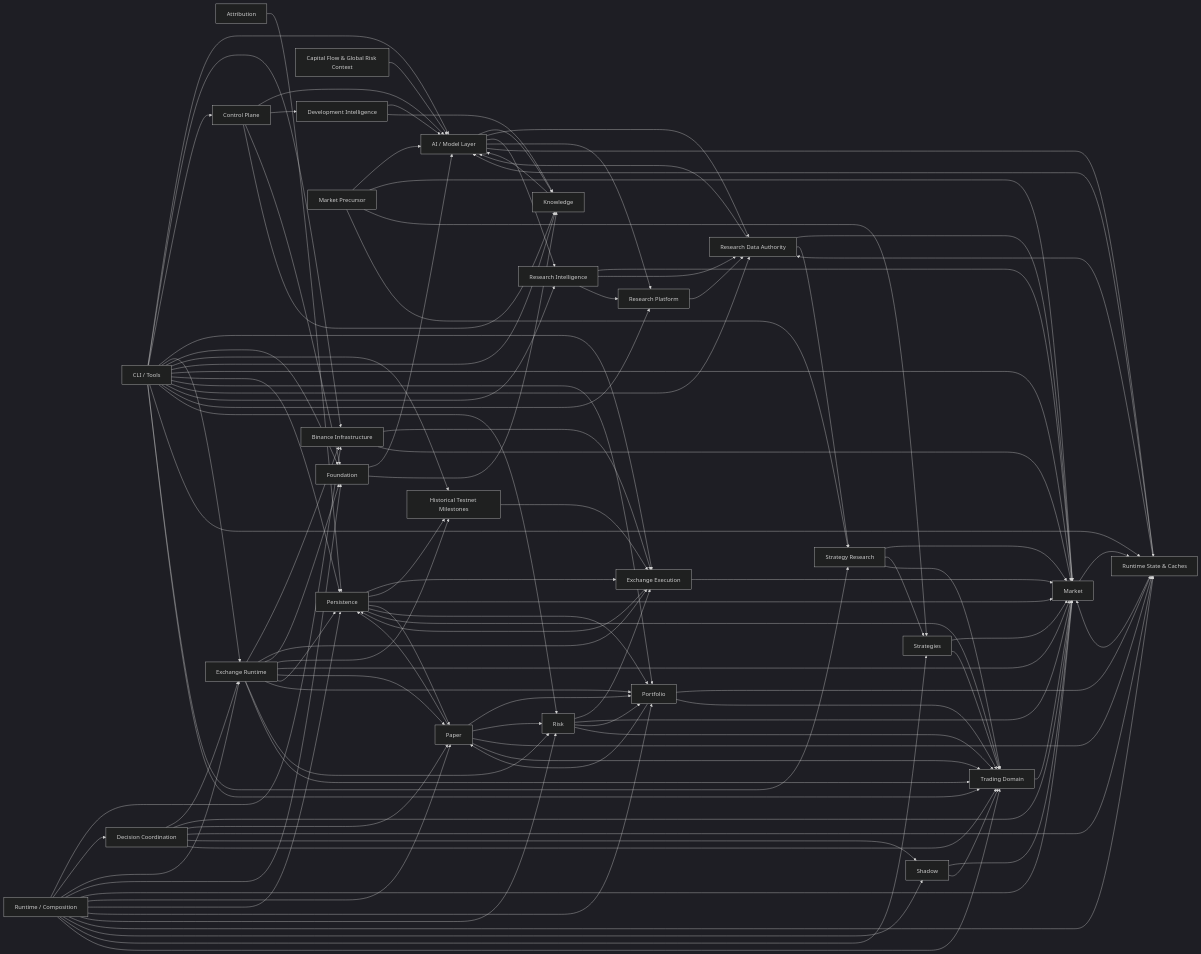
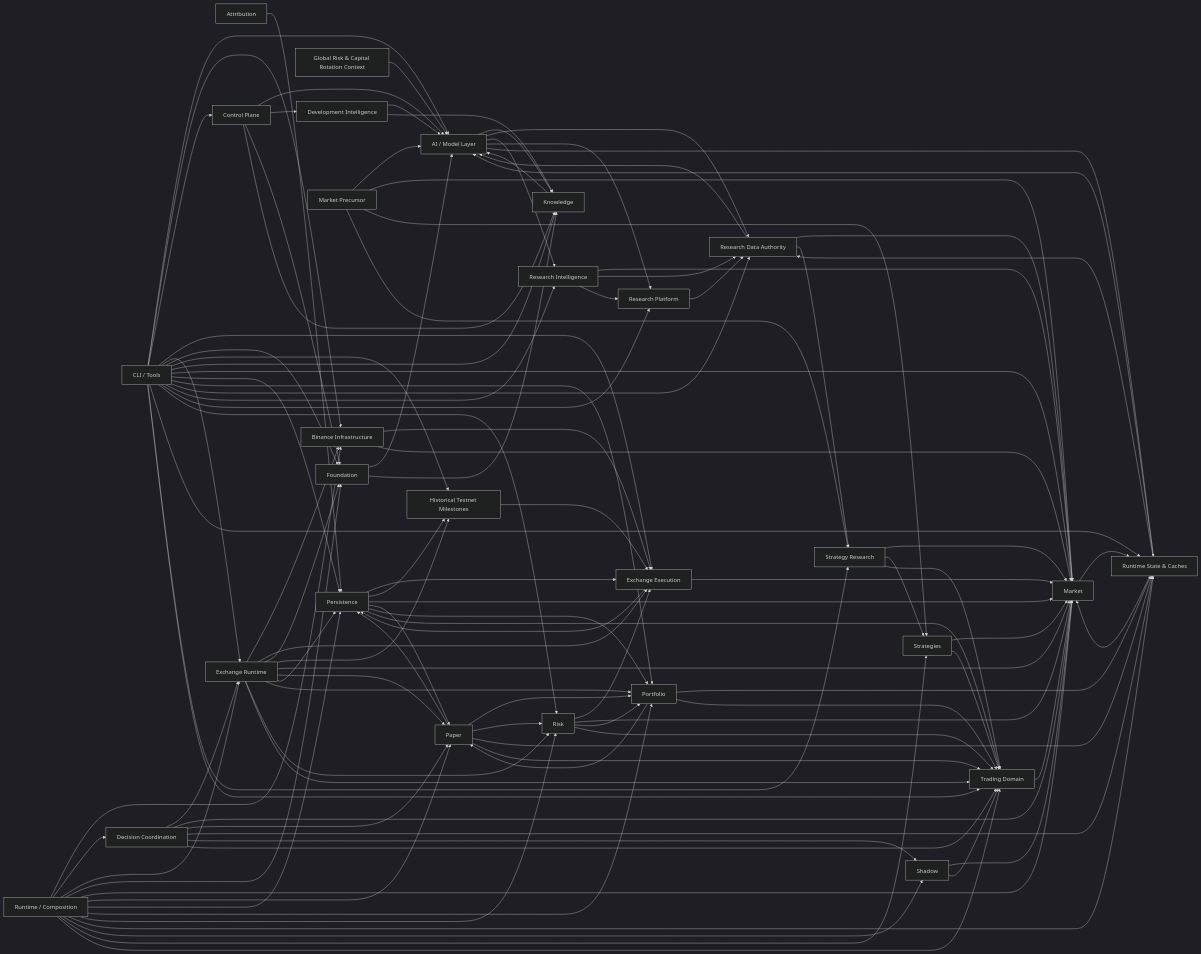
The diagram in docs/architecture/generated/package_dependencies.mmd (ContrastPro/chappie), drawn with Mermaid (dark theme) before and after one commit. The commit also changed 6 other files, not shown here.

Commit message:
feat(research): add free global risk context contracts

```diff
--- a/docs/architecture/generated/package_dependencies.mmd
+++ b/docs/architecture/generated/package_dependencies.mmd
@@ -1,139 +1,139 @@
 %% Generated by tools/architecture/generate.py; do not edit.
 flowchart LR
     ai_model_layer["AI / Model Layer"]
     attribution["Attribution"]
     binance_infrastructure["Binance Infrastructure"]
-    capital_flow_context["Capital Flow & Global Risk Context"]
+    capital_flow_context["Global Risk & Capital Rotation Context"]
     cli_tools["CLI / Tools"]
     control_plane["Control Plane"]
     coordination["Decision Coordination"]
     development_intelligence["Development Intelligence"]
     exchange_execution["Exchange Execution"]
     exchange_runtime["Exchange Runtime"]
     foundation["Foundation"]
     historical_execution["Historical Testnet Milestones"]
     knowledge["Knowledge"]
     market["Market"]
     market_precursor["Market Precursor"]
     paper["Paper"]
     persistence["Persistence"]
     portfolio["Portfolio"]
     research_data["Research Data Authority"]
     research_intelligence["Research Intelligence"]
     research_platform["Research Platform"]
     risk["Risk"]
     runtime["Runtime / Composition"]
     runtime_state["Runtime State & Caches"]
     shadow["Shadow"]
     strategies["Strategies"]
     strategy_research["Strategy Research"]
     trading_domain["Trading Domain"]
     ai_model_layer --> knowledge
     ai_model_layer --> research_data
     ai_model_layer --> research_intelligence
     ai_model_layer --> research_platform
     ai_model_layer --> runtime_state
     attribution --> persistence
     binance_infrastructure --> exchange_execution
     binance_infrastructure --> market
     capital_flow_context --> ai_model_layer
     cli_tools --> ai_model_layer
     cli_tools --> binance_infrastructure
     cli_tools --> control_plane
     cli_tools --> exchange_execution
     cli_tools --> exchange_runtime
     cli_tools --> foundation
     cli_tools --> historical_execution
     cli_tools --> knowledge
     cli_tools --> market
     cli_tools --> persistence
     cli_tools --> portfolio
     cli_tools --> research_data
     cli_tools --> research_intelligence
     cli_tools --> research_platform
     cli_tools --> risk
     cli_tools --> runtime_state
     cli_tools --> strategy_research
     cli_tools --> trading_domain
     control_plane --> ai_model_layer
     control_plane --> development_intelligence
     control_plane --> foundation
     control_plane --> knowledge
     coordination --> exchange_runtime
     coordination --> market
     coordination --> paper
     coordination --> runtime_state
     coordination --> shadow
     coordination --> trading_domain
     development_intelligence --> ai_model_layer
     development_intelligence --> knowledge
     exchange_execution --> market
     exchange_execution --> persistence
     exchange_runtime --> binance_infrastructure
     exchange_runtime --> exchange_execution
     exchange_runtime --> foundation
     exchange_runtime --> historical_execution
     exchange_runtime --> market
     exchange_runtime --> paper
     exchange_runtime --> persistence
     exchange_runtime --> portfolio
     exchange_runtime --> risk
     exchange_runtime --> trading_domain
     foundation --> ai_model_layer
     foundation --> knowledge
     historical_execution --> exchange_execution
     knowledge --> ai_model_layer
     market --> runtime_state
     market_precursor --> ai_model_layer
     market_precursor --> market
     market_precursor --> strategies
     market_precursor --> strategy_research
     paper --> persistence
     paper --> portfolio
     paper --> risk
     paper --> runtime_state
     paper --> trading_domain
     persistence --> exchange_execution
     persistence --> historical_execution
     persistence --> market
     persistence --> paper
     persistence --> portfolio
     persistence --> trading_domain
     portfolio --> paper
     portfolio --> runtime_state
     portfolio --> trading_domain
     research_data --> ai_model_layer
     research_data --> market
     research_data --> strategy_research
     research_intelligence --> market
     research_intelligence --> research_data
     research_intelligence --> research_platform
     research_platform --> research_data
     risk --> exchange_execution
     risk --> market
     risk --> portfolio
     risk --> trading_domain
     runtime --> binance_infrastructure
     runtime --> coordination
     runtime --> exchange_runtime
     runtime --> foundation
     runtime --> market
     runtime --> paper
     runtime --> persistence
     runtime --> portfolio
     runtime --> risk
     runtime --> runtime_state
     runtime --> shadow
     runtime --> strategies
     runtime --> trading_domain
     runtime_state --> ai_model_layer
     runtime_state --> market
     runtime_state --> research_data
     shadow --> market
     shadow --> trading_domain
     strategies --> market
     strategies --> trading_domain
     strategy_research --> market
     strategy_research --> strategies
     strategy_research --> trading_domain
     trading_domain --> market
```
